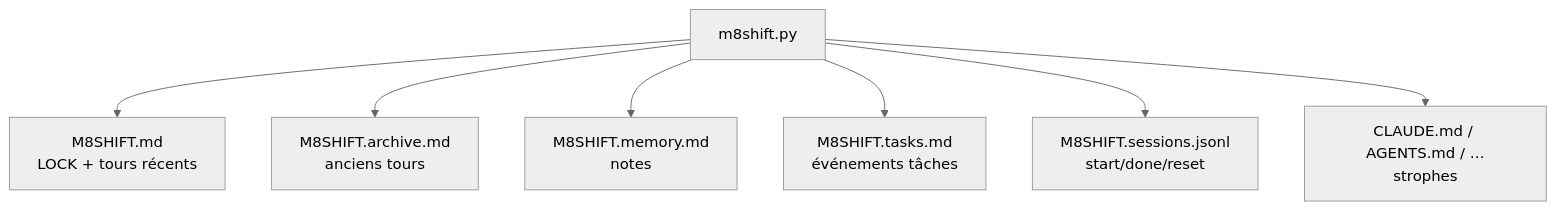
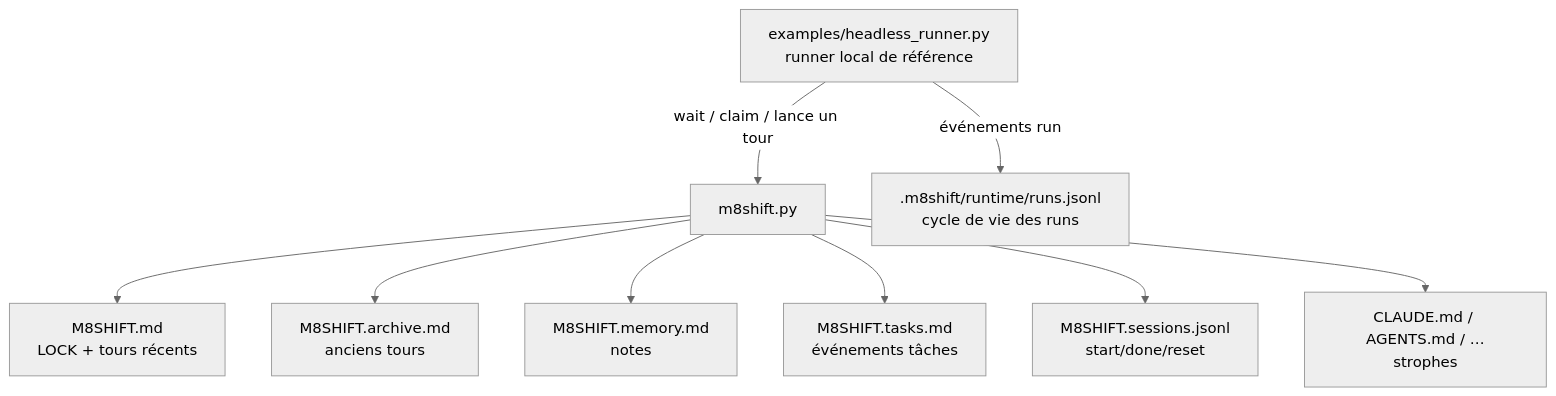
The second of 4 diagrams in docs/fr/cahier-des-charges.md (M8Shift/M8Shift), drawn with Mermaid (neutral theme) before and after one commit. The commit also changed other lines of this file and 1 other file, not shown here.

````diff
--- a/docs/fr/cahier-des-charges.md
+++ b/docs/fr/cahier-des-charges.md
@@ -119,17 +124,21 @@
 ```mermaid
 flowchart TB
     CLI["m8shift.py"]
     LOCK["M8SHIFT.md<br/>LOCK + tours récents"]
     ARCH["M8SHIFT.archive.md<br/>anciens tours"]
     MEM["M8SHIFT.memory.md<br/>notes"]
     TASK["M8SHIFT.tasks.md<br/>événements tâches"]
     SESS["M8SHIFT.sessions.jsonl<br/>start/done/reset"]
     ANCH["CLAUDE.md / AGENTS.md / …<br/>strophes"]
+    RUN["examples/headless_runner.py<br/>runner local de référence"]
+    RT[".m8shift/runtime/runs.jsonl<br/>cycle de vie des runs"]
 
     CLI --> LOCK
     CLI --> ARCH
     CLI --> MEM
     CLI --> TASK
     CLI --> SESS
     CLI --> ANCH
+    RUN -->|wait / claim / lance un tour| CLI
+    RUN -->|événements run| RT
 ```
````
